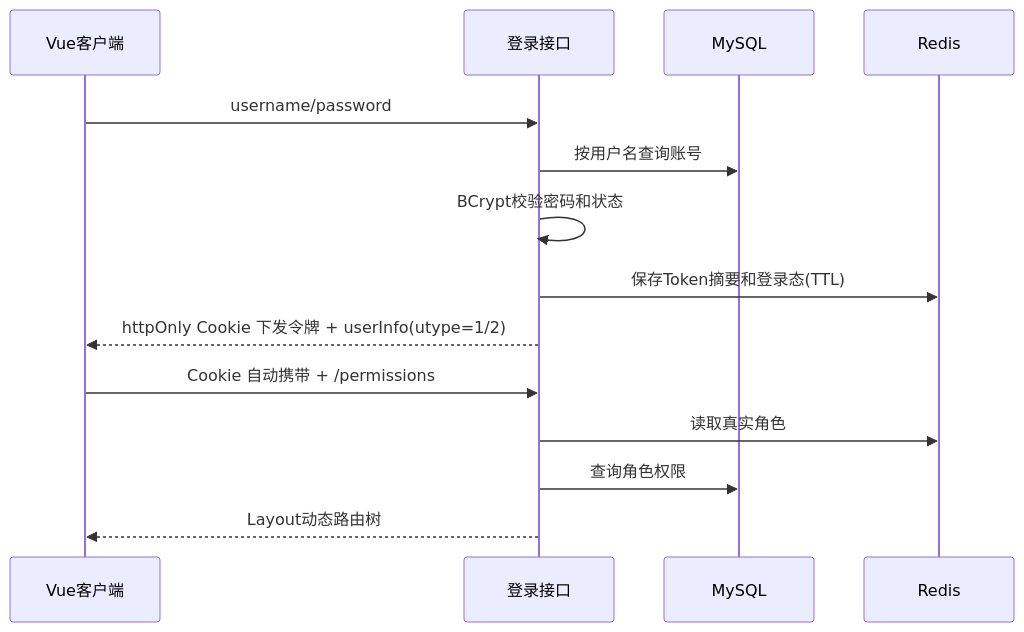
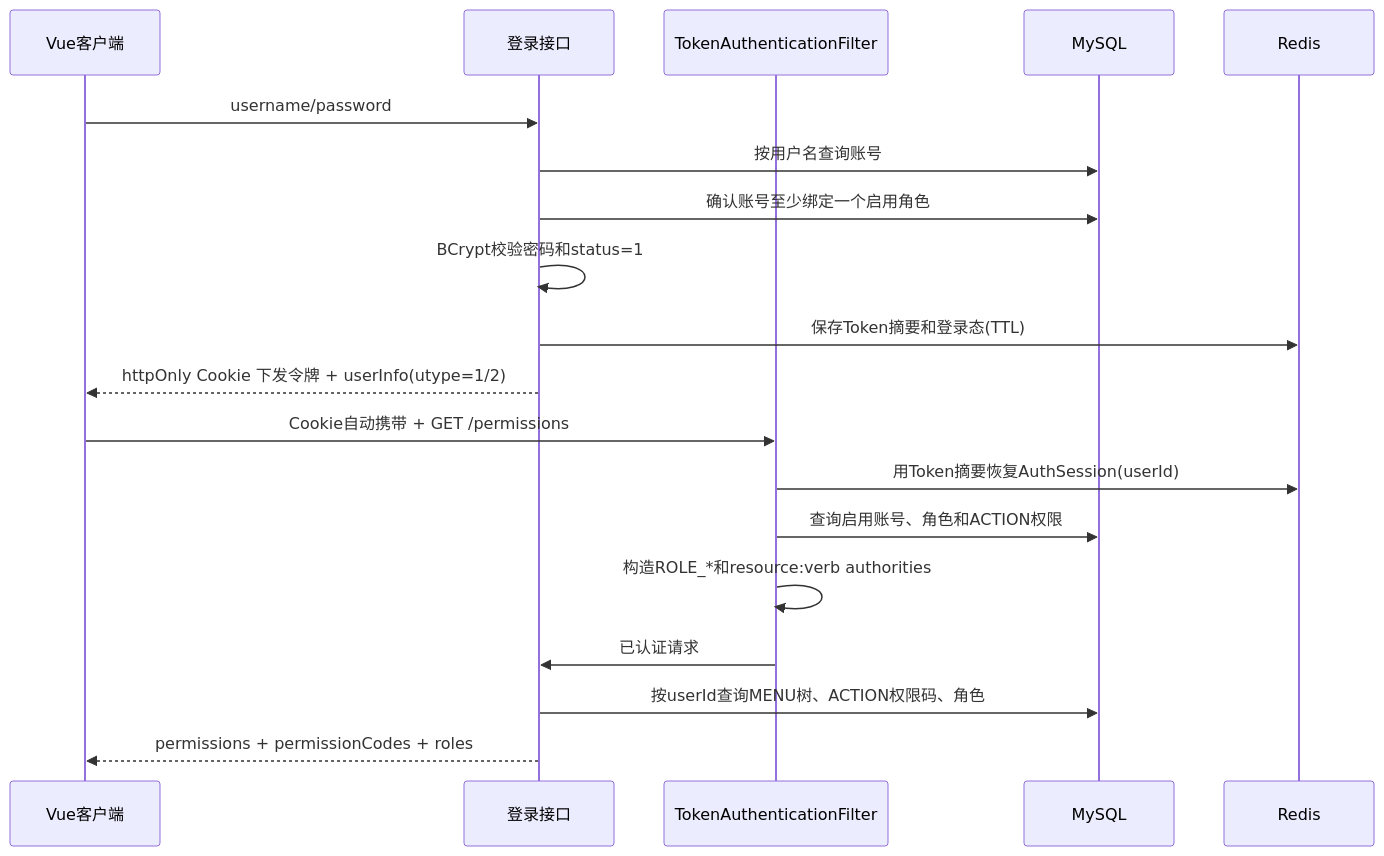
One commit to anmoryli/shixun-swmu changed the second of 4 diagrams in process-docs/开发工程师/02-architecture-and-design.md. Above: the diagram before and after it, drawn with Mermaid. The commit also changed other lines of this file and 3 other files, not shown here.

````diff
--- a/process-docs/开发工程师/02-architecture-and-design.md
+++ b/process-docs/开发工程师/02-architecture-and-design.md
@@ -41,16 +41,21 @@
 ```mermaid
 sequenceDiagram
     participant C as Vue客户端
     participant A as 登录接口
+    participant F as TokenAuthenticationFilter
     participant DB as MySQL
     participant R as Redis
     C->>A: username/password
     A->>DB: 按用户名查询账号
-    A->>A: BCrypt校验密码和状态
+    A->>DB: 确认账号至少绑定一个启用角色
+    A->>A: BCrypt校验密码和status=1
     A->>R: 保存Token摘要和登录态(TTL)
     A-->>C: httpOnly Cookie 下发令牌 + userInfo(utype=1/2)
-    C->>A: Cookie 自动携带 + /permissions
-    A->>R: 读取真实角色
-    A->>DB: 查询角色权限
-    A-->>C: Layout动态路由树
+    C->>F: Cookie自动携带 + GET /permissions
+    F->>R: 用Token摘要恢复AuthSession(userId)
+    F->>DB: 查询启用账号、角色和ACTION权限
+    F->>F: 构造ROLE_*和resource:verb authorities
+    F->>A: 已认证请求
+    A->>DB: 按userId查询MENU树、ACTION权限码、角色
+    A-->>C: permissions + permissionCodes + roles
 ```
````
